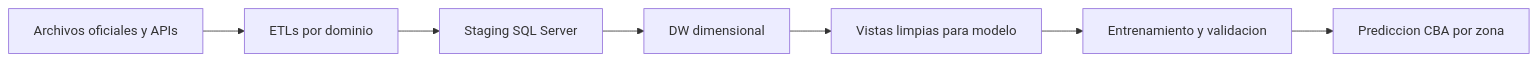
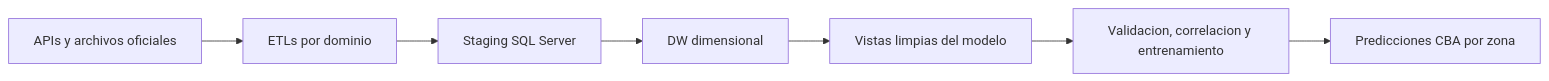
The first of 4 diagrams in README.md (DesmondBermudez/Proyecto-AlmacenesDatos), drawn with Mermaid before and after one commit. The commit also changed other lines of this file and 20 other files, not shown here.

First line of the commit message:
feat/modelo-cba optimiza ETL, mejora metricas y documenta arquitectura del DW

````diff
--- a/README.md
+++ b/README.md
@@ -31,9 +15,9 @@
 ```mermaid
 flowchart LR
-    A["Archivos oficiales y APIs"] --> B["ETLs por dominio"]
+    A["APIs y archivos oficiales"] --> B["ETLs por dominio"]
     B --> C["Staging SQL Server"]
     C --> D["DW dimensional"]
-    D --> E["Vistas limpias para modelo"]
-    E --> F["Entrenamiento y validacion"]
-    F --> G["Prediccion CBA por zona"]
+    D --> E["Vistas limpias del modelo"]
+    E --> F["Validacion, correlacion y entrenamiento"]
+    F --> G["Predicciones CBA por zona"]
 ```
````
